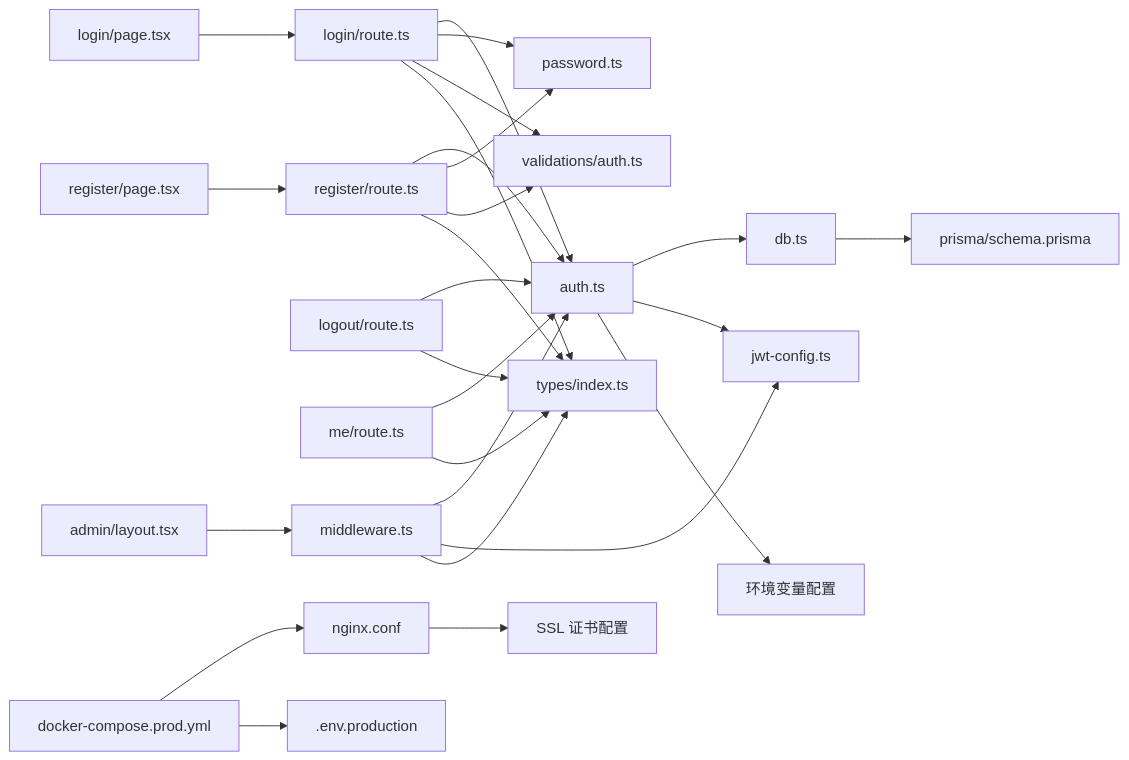
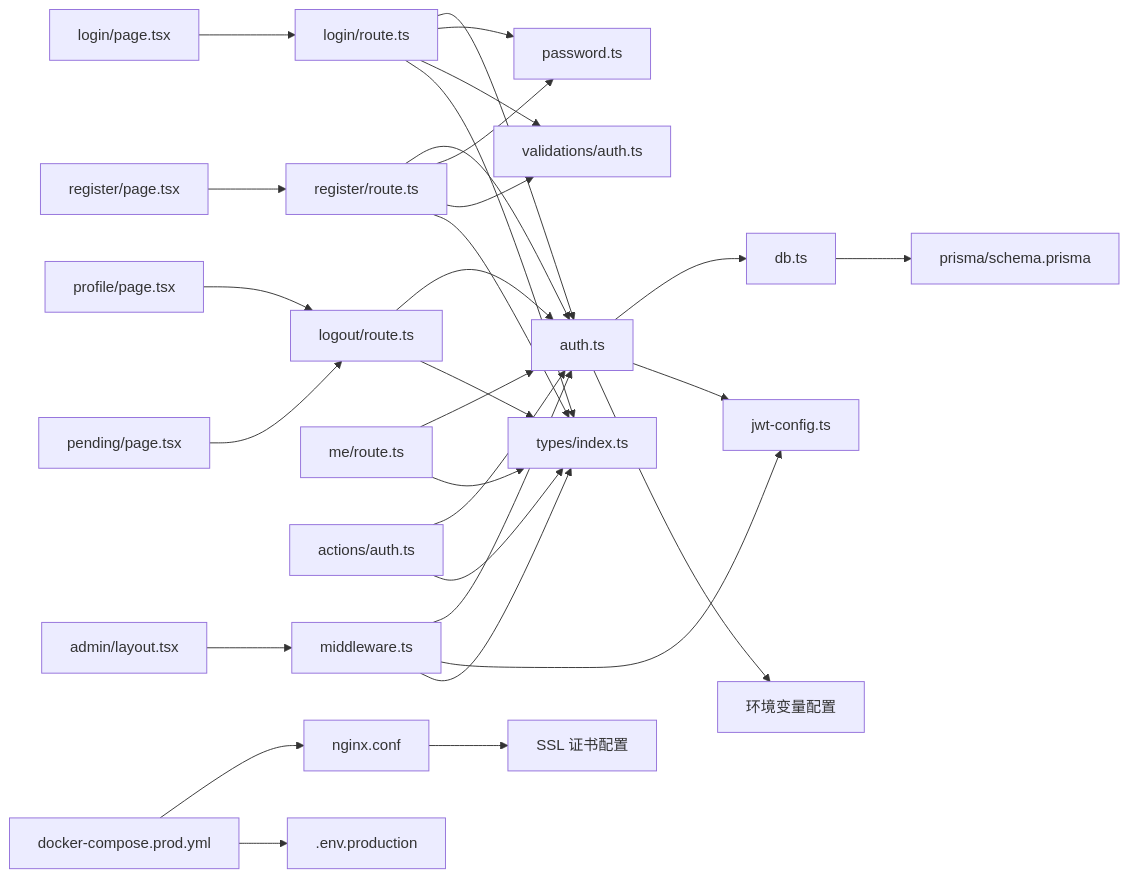
Before and after one commit to three3638-arch/celestia_2b: the seventh of 7 diagrams in .qoder/repowiki/zh/content/认证系统/认证系统.md, drawn with Mermaid. The commit also changed other lines of this file and 6 other files, not shown here.

````diff
--- a/.qoder/repowiki/zh/content/认证系统/认证系统.md
+++ b/.qoder/repowiki/zh/content/认证系统/认证系统.md
@@ -413,28 +497,32 @@
 ```mermaid
 graph LR
 LoginRoute["login/route.ts"] --> AuthLib["auth.ts"]
 LoginRoute --> PassLib["password.ts"]
 LoginRoute --> Valid["validations/auth.ts"]
 LoginRoute --> Types["types/index.ts"]
 RegisterRoute["register/route.ts"] --> AuthLib
 RegisterRoute --> PassLib
 RegisterRoute --> Valid
 RegisterRoute --> Types
 LogoutRoute["logout/route.ts"] --> AuthLib
 LogoutRoute --> Types
 MeRoute["me/route.ts"] --> AuthLib
 MeRoute --> Types
 AuthLib --> DBLib["db.ts"]
 AuthLib --> JWTConfig["jwt-config.ts"]
 AuthLib --> EnvConfig["环境变量配置"]
+ActionsAuth["actions/auth.ts"] --> AuthLib
+ActionsAuth --> Types
 Middleware["middleware.ts"] --> AuthLib
 Middleware --> JWTConfig
 Middleware --> Types
 DBLib --> Schema["prisma/schema.prisma"]
 ClientLogin["login/page.tsx"] --> LoginRoute
 ClientRegister["register/page.tsx"] --> RegisterRoute
+ClientProfile["profile/page.tsx"] --> LogoutRoute
+ClientPending["pending/page.tsx"] --> LogoutRoute
 AdminLayout["admin/layout.tsx"] --> Middleware
 DockerCompose["docker-compose.prod.yml"] --> Nginx["nginx.conf"]
 DockerCompose --> EnvFile[".env.production"]
 Nginx --> SSL["SSL 证书配置"]
 ```
````
